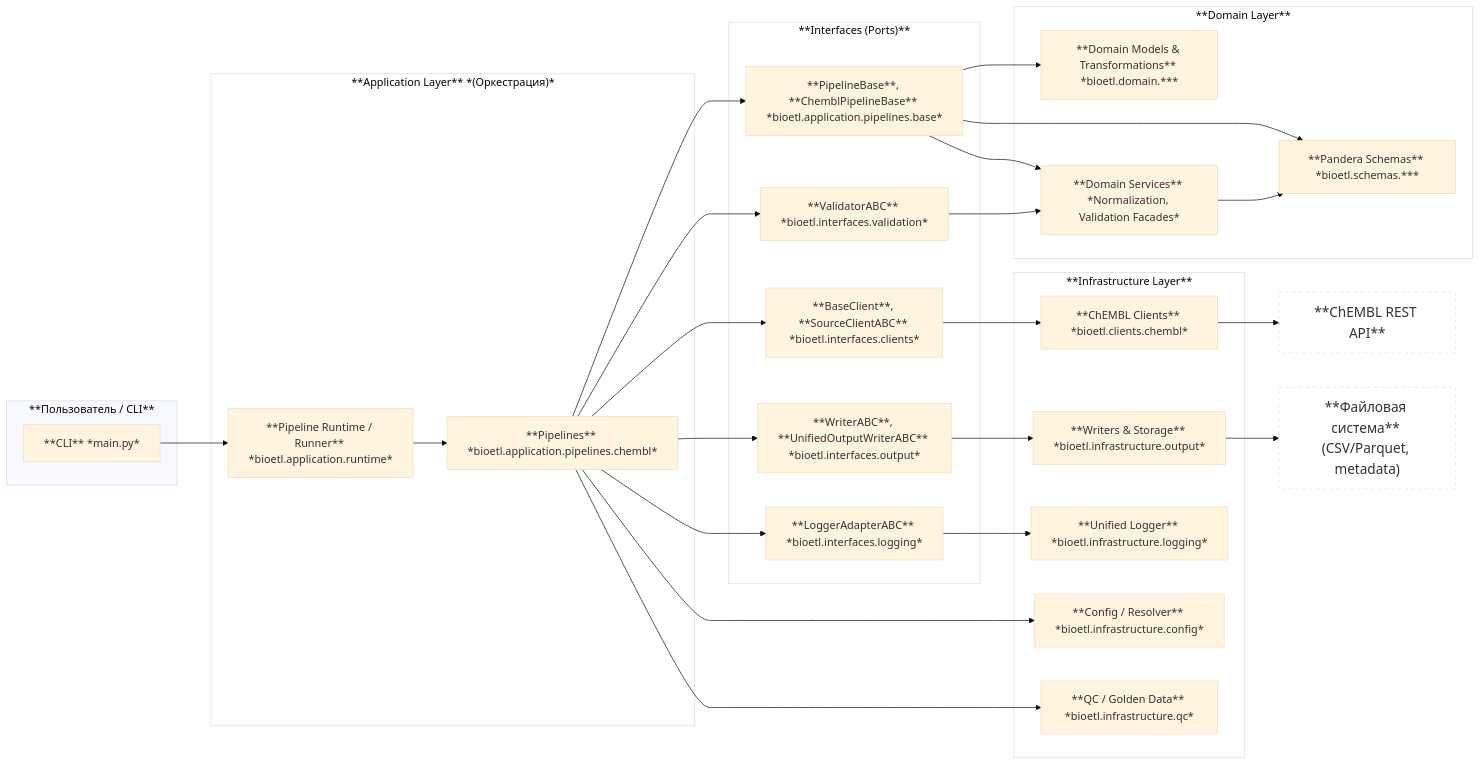
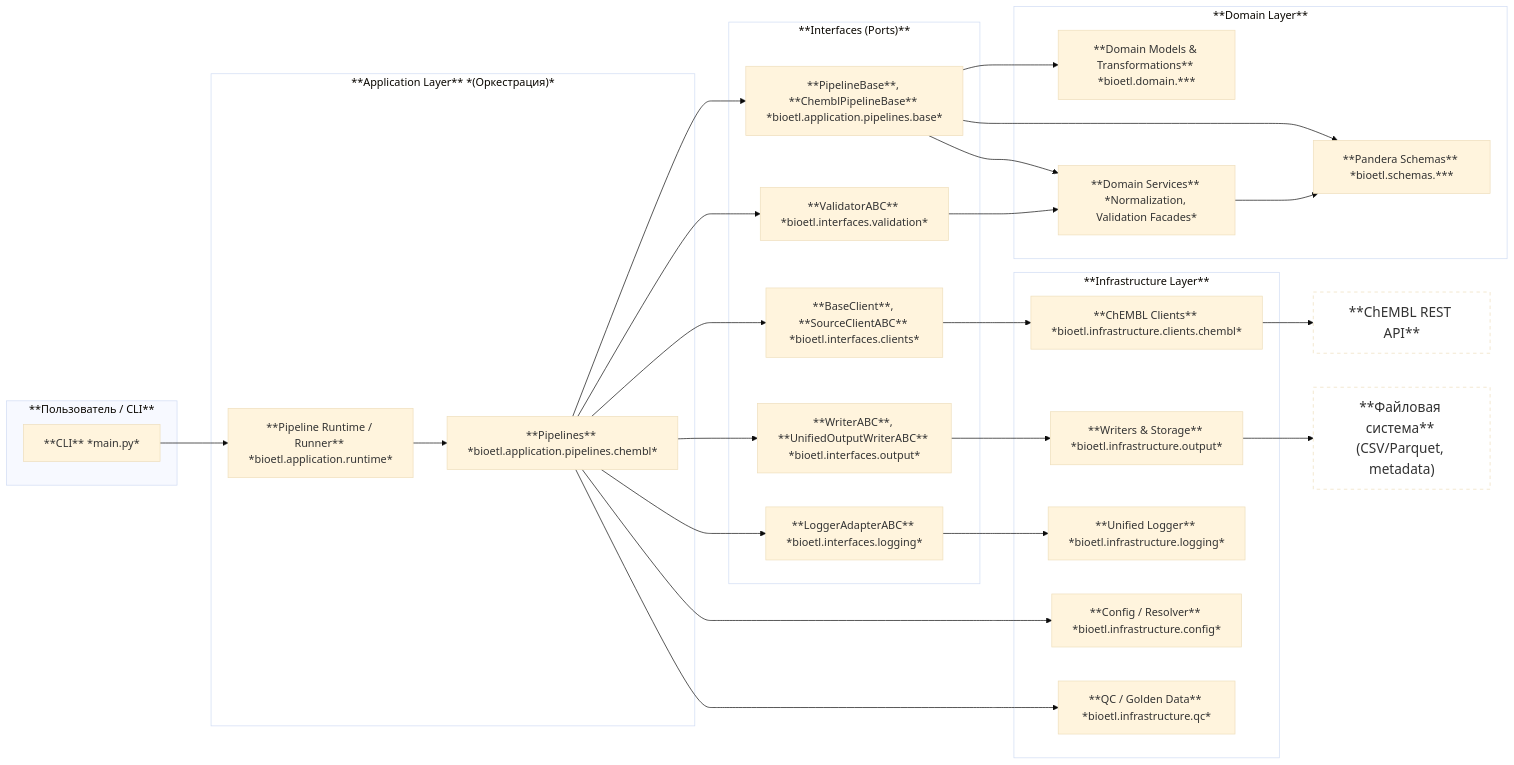
The seventh of 7 diagrams in docs/architecture/07-diagrams.md (SatoryKono/BioactivityDataAcquisition), drawn with Mermaid (base theme) before and after one commit. The commit also changed 29 other files, not shown here.

````diff
--- a/docs/architecture/07-diagrams.md
+++ b/docs/architecture/07-diagrams.md
@@ -383,60 +383,60 @@
 ```mermaid
 ---
 id: eba65a67-a730-4b5a-b14d-365c0db29ed4
 ---
 flowchart LR
   subgraph User["**Пользователь / CLI**"]
     CLI["**CLI** *main.py*"]
   end
   subgraph Application["**Application Layer** *(Оркестрация)*"]
     Pipelines["**Pipelines** *bioetl.application.pipelines.chembl*"]
     Runtime["**Pipeline Runtime / Runner** *bioetl.application.runtime*"]
   end
   subgraph Domain["**Domain Layer**"]
     DomainCore["**Domain Models & Transformations** *bioetl.domain.***"]
     Schemas["**Pandera Schemas** *bioetl.schemas.***"]
     Services["**Domain Services** *Normalization, Validation Facades*"]
   end
   subgraph Infrastructure["**Infrastructure Layer**"]
-    Clients["**ChEMBL Clients** *bioetl.clients.chembl*"]
+    Clients["**ChEMBL Clients** *bioetl.infrastructure.clients.chembl*"]
     Output["**Writers &amp; Storage** *bioetl.infrastructure.output*"]
     Logging["**Unified Logger** *bioetl.infrastructure.logging*"]
     Config["**Config / Resolver** *bioetl.infrastructure.config*"]
     QC["**QC / Golden Data** *bioetl.infrastructure.qc*"]
   end
   subgraph Interfaces["**Interfaces (Ports)**"]
     IF_Pipeline["**PipelineBase**, **ChemblPipelineBase** *bioetl.application.pipelines.base*"]
     IF_Client["**BaseClient**, **SourceClientABC** *bioetl.interfaces.clients*"]
     IF_Logger["**LoggerAdapterABC** *bioetl.interfaces.logging*"]
     IF_Writer["**WriterABC**, **UnifiedOutputWriterABC** *bioetl.interfaces.output*"]
     IF_Validator["**ValidatorABC** *bioetl.interfaces.validation*"]
   end
   CLI --> Runtime
   Runtime --> Pipelines
   Pipelines --> IF_Pipeline
   Pipelines --> IF_Client
   Pipelines --> IF_Writer
   Pipelines --> IF_Validator
   Pipelines --> IF_Logger
   Pipelines --> Config
   Pipelines --> QC
   IF_Pipeline --> DomainCore
   IF_Pipeline --> Schemas
   IF_Pipeline --> Services
   IF_Client --> Clients
   Clients --> ext_api["**ChEMBL REST API**"]
   IF_Writer --> Output
   Output --> fs["**Файловая система** (CSV/Parquet, metadata)"]
   IF_Validator --> Services
   Services --> Schemas
   IF_Logger --> Logging
 
   ext_api:::ext
   fs:::ext
   classDef default font-size:16px
   classDef ext fill:#fff,border:#999,stroke-dasharray:5 5,font-size:20px
   style Application fill:#FFFFFF
   style Interfaces fill:transparent
   style Domain fill:#FFFFFF
   style Infrastructure fill:#FFFFFF
 ```
````
